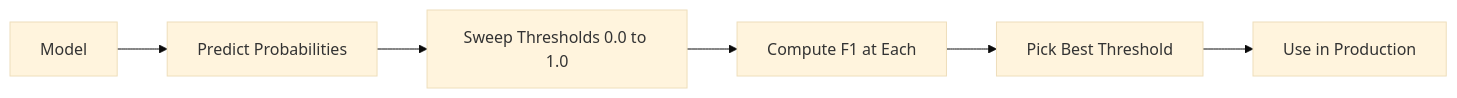
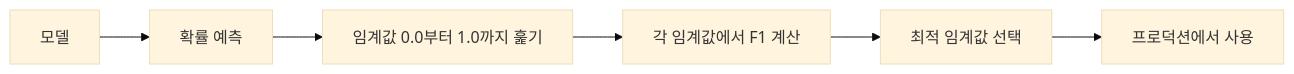
One commit to ChoBazzi/ai-engineering-from-scratch changed the third of 4 diagrams in phases/02-ml-fundamentals/17-imbalanced-data/docs/en.md. Above: the diagram before and after it, drawn with Mermaid (base theme). The commit also changed other lines of this file and 868 other files, not shown here.

````diff
--- a/phases/02-ml-fundamentals/17-imbalanced-data/docs/en.md
+++ b/phases/02-ml-fundamentals/17-imbalanced-data/docs/en.md
@@ -166,8 +166,8 @@
 ```mermaid
 flowchart LR
-    A[Model] --> B[Predict Probabilities]
-    B --> C[Sweep Thresholds 0.0 to 1.0]
-    C --> D[Compute F1 at Each]
-    D --> E[Pick Best Threshold]
-    E --> F[Use in Production]
+    A[모델] --> B[확률 예측]
+    B --> C[임계값 0.0부터 1.0까지 훑기]
+    C --> D[각 임계값에서 F1 계산]
+    D --> E[최적 임계값 선택]
+    E --> F[프로덕션에서 사용]
 ```
````
